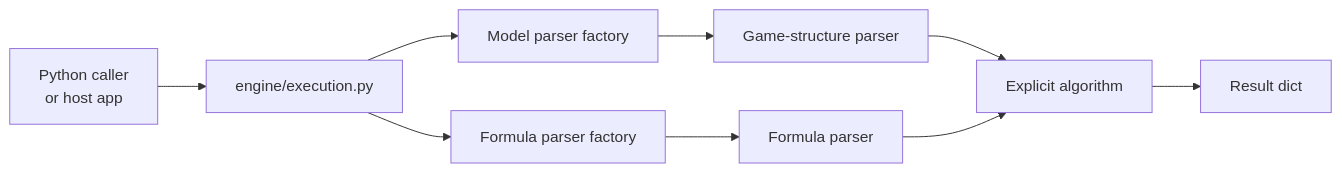
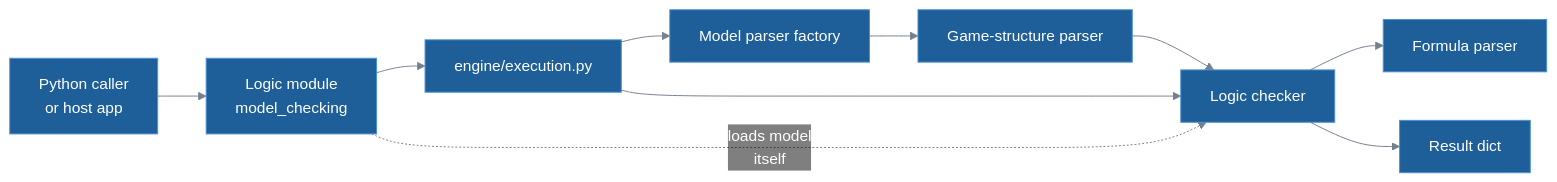
The first of 3 diagrams in docs/guides/architecture.md (VITAMIN-organisation/vitamin-model-checker), drawn with Mermaid before and after one commit. The commit also changed other lines of this file and 7 other files, not shown here.

````diff
--- a/docs/guides/architecture.md
+++ b/docs/guides/architecture.md
@@ -14,18 +17,20 @@
 ```mermaid
+%%{init: {"theme": "base", "themeVariables": {"primaryColor": "#1f5f99", "primaryTextColor": "#ffffff", "primaryBorderColor": "#4a90d9", "lineColor": "#75808f", "tertiaryTextColor": "#75808f", "titleColor": "#75808f", "clusterBkg": "transparent", "clusterBorder": "#75808f", "edgeLabelBackground": "transparent"}}}%%
 flowchart LR
     caller["Python caller<br/>or host app"]
+    entry["Logic module<br/>model_checking"]
     execution["engine/execution.py"]
     modelFactory["Model parser factory"]
-    formulaFactory["Formula parser factory"]
     modelParser["Game-structure parser"]
+    checker["Logic checker"]
     formulaParser["Formula parser"]
-    algorithm["Explicit algorithm"]
     result["Result dict"]
 
-    caller --> execution
+    caller --> entry --> execution
     execution --> modelFactory --> modelParser
-    execution --> formulaFactory --> formulaParser
-    modelParser --> algorithm
-    formulaParser --> algorithm
-    algorithm --> result
+    modelParser --> checker
+    execution --> checker
+    entry -.->|"loads model<br/>itself"| checker
+    checker --> formulaParser
+    checker --> result
 ```
````
